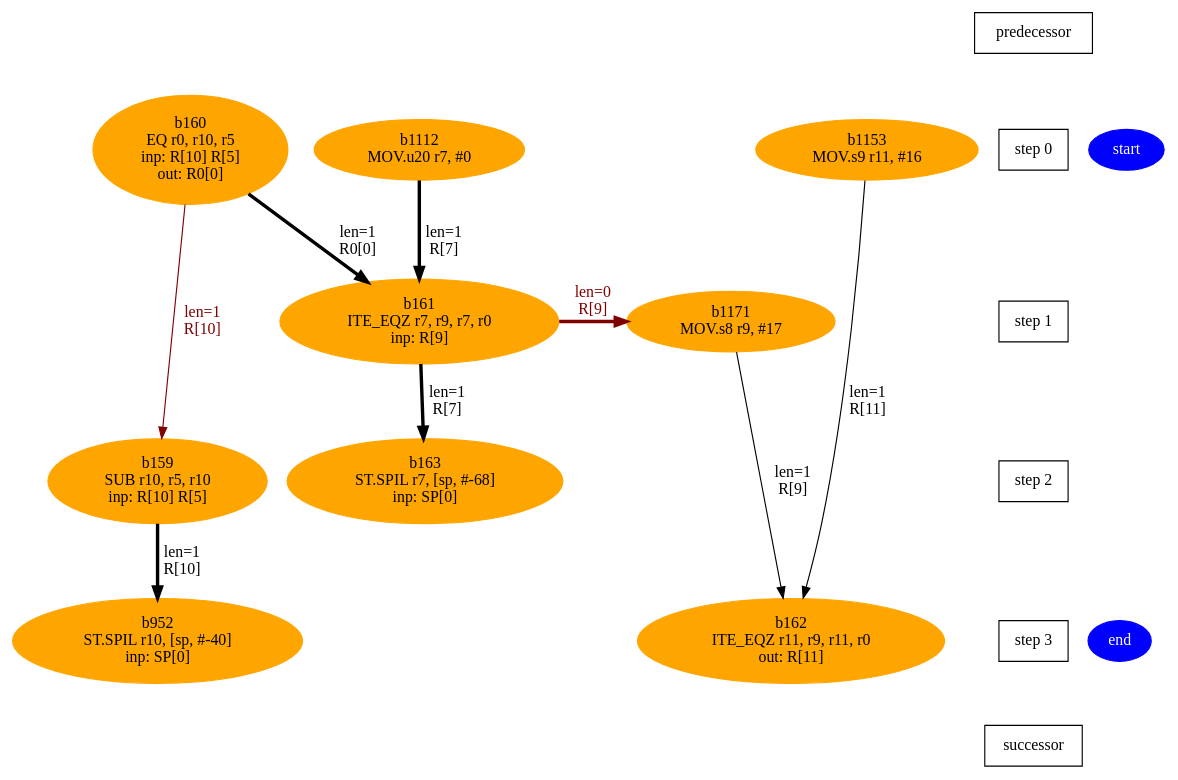
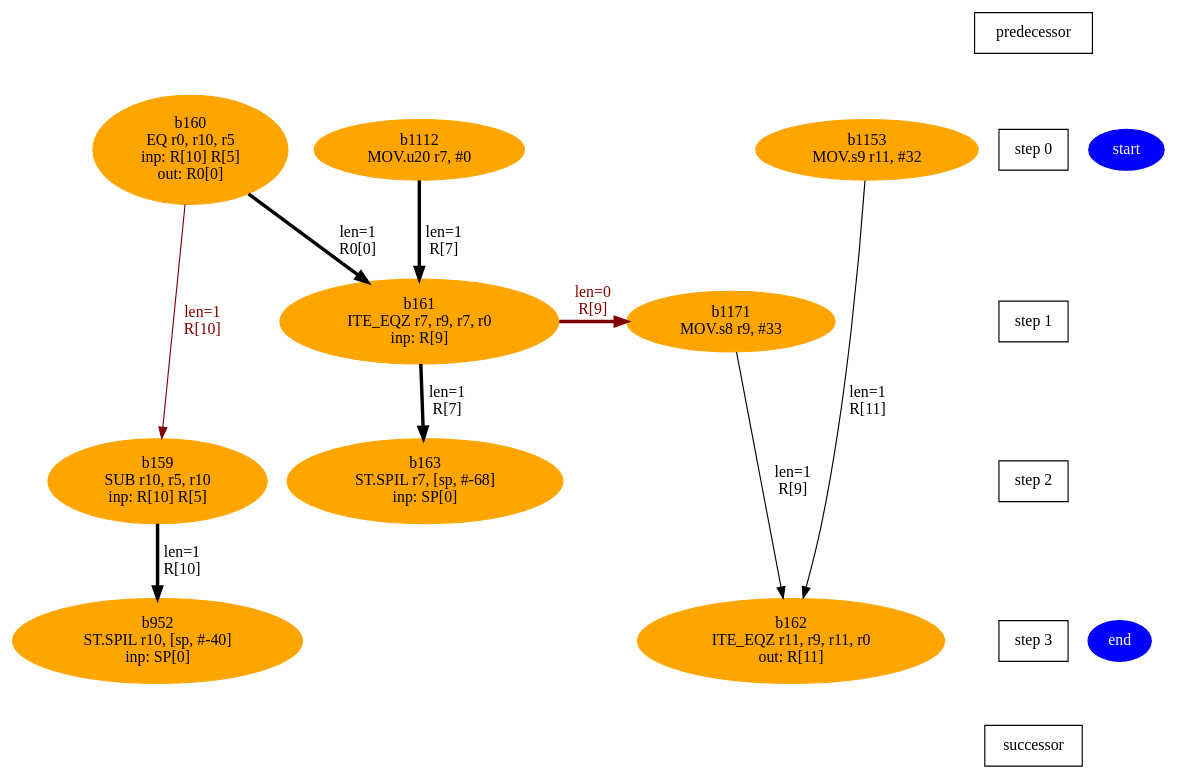
The diagram in testGen/Work/aie/1_2/Release/chesswork/1_2-main__s2_info/m115.dot (lxy-littlechai/SVD), drawn with Graphviz before and after one commit. The commit also changed 9662 other files, not shown here.

```diff
--- a/testGen/Work/aie/1_2/Release/chesswork/1_2-main__s2_info/m115.dot
+++ b/testGen/Work/aie/1_2/Release/chesswork/1_2-main__s2_info/m115.dot
@@ -1,32 +1,32 @@
 digraph N {
  b159[color=orange,fontcolor=black,style=filled,label="b159\nSUB r10, r5, r10\ninp: R[10] R[5]"];  {rank=same; S2;  b159;}
  b160[color=orange,fontcolor=black,style=filled,label="b160\nEQ r0, r10, r5\ninp: R[10] R[5]\nout: R0[0]"];  {rank=same; S0;  b160;}
  b161[color=orange,fontcolor=black,style=filled,label="b161\nITE_EQZ r7, r9, r7, r0\ninp: R[9]"];  {rank=same; S1;  b161;}
  b162[color=orange,fontcolor=black,style=filled,label="b162\nITE_EQZ r11, r9, r11, r0\nout: R[11]"];  {rank=same; S3;  b162;}
  b163[color=orange,fontcolor=black,style=filled,label="b163\nST.SPIL r7, [sp, #-68]\ninp: SP[0]"];  {rank=same; S2;  b163;}
  b1112[color=orange,fontcolor=black,style=filled,label="b1112\nMOV.u20 r7, #0"];  {rank=same; S0;  b1112;}
- b1153[color=orange,fontcolor=black,style=filled,label="b1153\nMOV.s9 r11, #16"];  {rank=same; S0;  b1153;}
- b1171[color=orange,fontcolor=black,style=filled,label="b1171\nMOV.s8 r9, #17"];  {rank=same; S1;  b1171;}
+ b1153[color=orange,fontcolor=black,style=filled,label="b1153\nMOV.s9 r11, #32"];  {rank=same; S0;  b1153;}
+ b1171[color=orange,fontcolor=black,style=filled,label="b1171\nMOV.s8 r9, #33"];  {rank=same; S1;  b1171;}
  b952[color=orange,fontcolor=black,style=filled,label="b952\nST.SPIL r10, [sp, #-40]\ninp: SP[0]"];  {rank=same; S3;  b952;}
  start [color=blue,fontcolor=white,style=filled,label="start"];  {rank=same; S0;  start;}
  end [color=blue,fontcolor=white,style=filled,label="end"];  {rank=same; S3;  end;}
    b159 -> b952 [color=black,fontcolor=black,penwidth=3,label="len=1\nR[10]",weight=1000];
    b160 -> b159 [color=maroon,fontcolor=maroon,label="len=1\nR[10]",weight=1000];
    b160 -> b161 [color=black,fontcolor=black,penwidth=3,label="len=1\nR0[0]",weight=1000];
    b161 -> b1171 [color=maroon,fontcolor=maroon,penwidth=3,label="len=0\nR[9]",weight=1000];
    b161 -> b163 [color=black,fontcolor=black,penwidth=3,label="len=1\nR[7]",weight=1000];
    b1112 -> b161 [color=black,fontcolor=black,penwidth=3,label="len=1\nR[7]",weight=1000];
    b1153 -> b162 [color=black,fontcolor=black,label="len=1\nR[11]",weight=1000];
    b1171 -> b162 [color=black,fontcolor=black,label="len=1\nR[9]",weight=1000];
   Sm1 [label="predecessor",shape=box];
   S0 [label="step 0",shape=box];
   Sm1 -> S0[style=invis,weight=9000];
   S1 [label="step 1",shape=box];
   S0 -> S1[style=invis,weight=9000];
   S2 [label="step 2",shape=box];
   S1 -> S2[style=invis,weight=9000];
   S3 [label="step 3",shape=box];
   S2 -> S3[style=invis,weight=9000];
   S4 [label="successor",shape=box];
   S3 -> S4[style=invis,weight=9000];
 }
```
